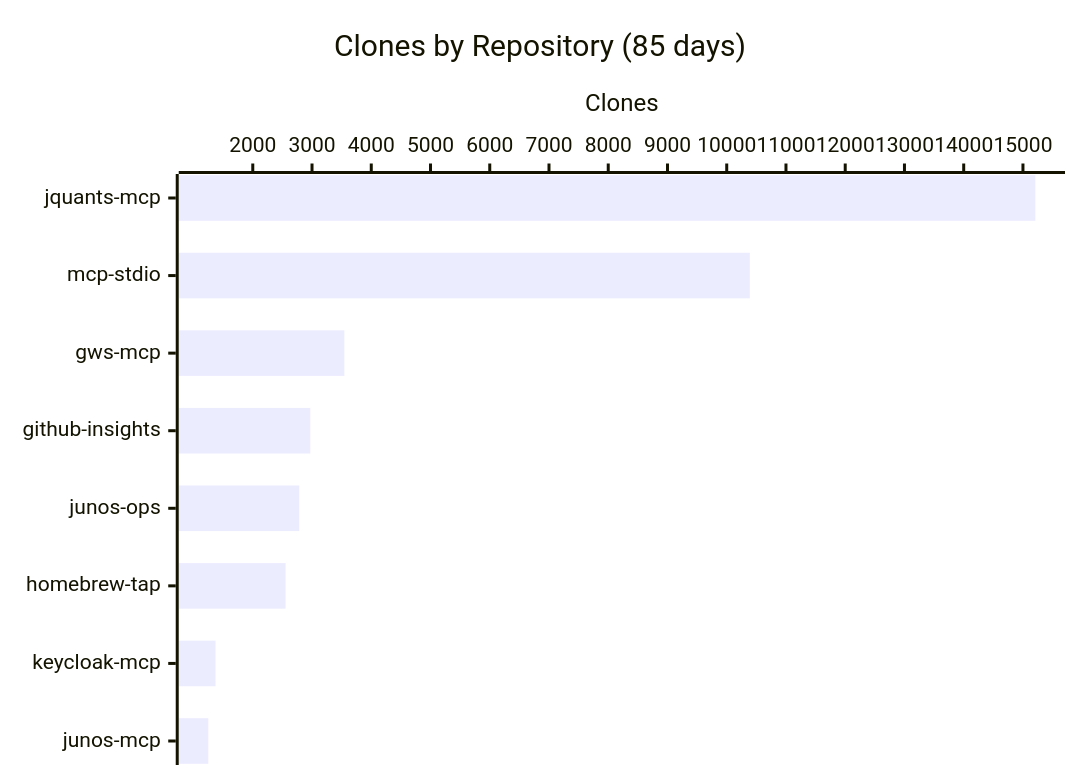
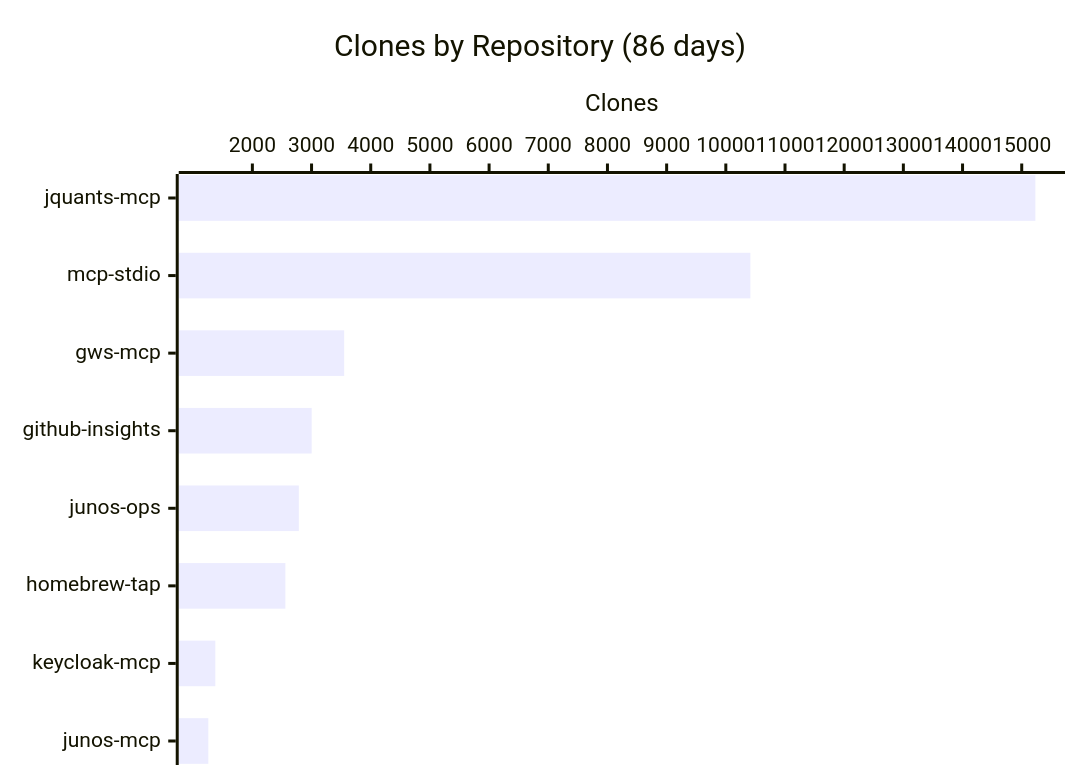
Before and after one commit to shigechika/github-insights: the third of 3 diagrams in README.md, drawn with Mermaid. The commit also changed other lines of this file and 2 other files, not shown here.

````diff
--- a/README.md
+++ b/README.md
@@ -43,7 +43,7 @@
 ```mermaid
 xychart-beta horizontal
-    title "Clones by Repository (85 days)"
+    title "Clones by Repository (86 days)"
     x-axis ["jquants-mcp", "mcp-stdio", "gws-mcp", "github-insights", "junos-ops", "homebrew-tap", "keycloak-mcp", "junos-mcp"]
     y-axis "Clones"
-    bar [15210, 10390, 3546, 2971, 2785, 2554, 1371, 1250]
+    bar [15231, 10415, 3551, 3002, 2785, 2558, 1374, 1256]
 ```
````
